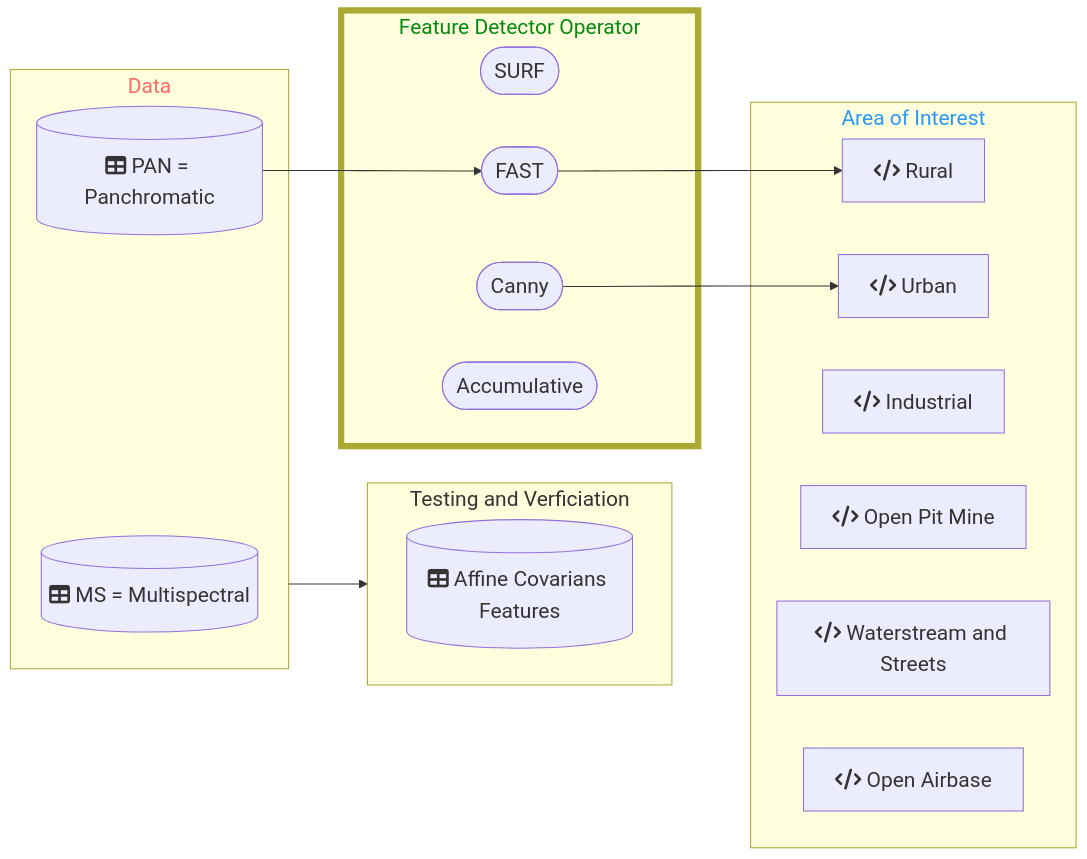
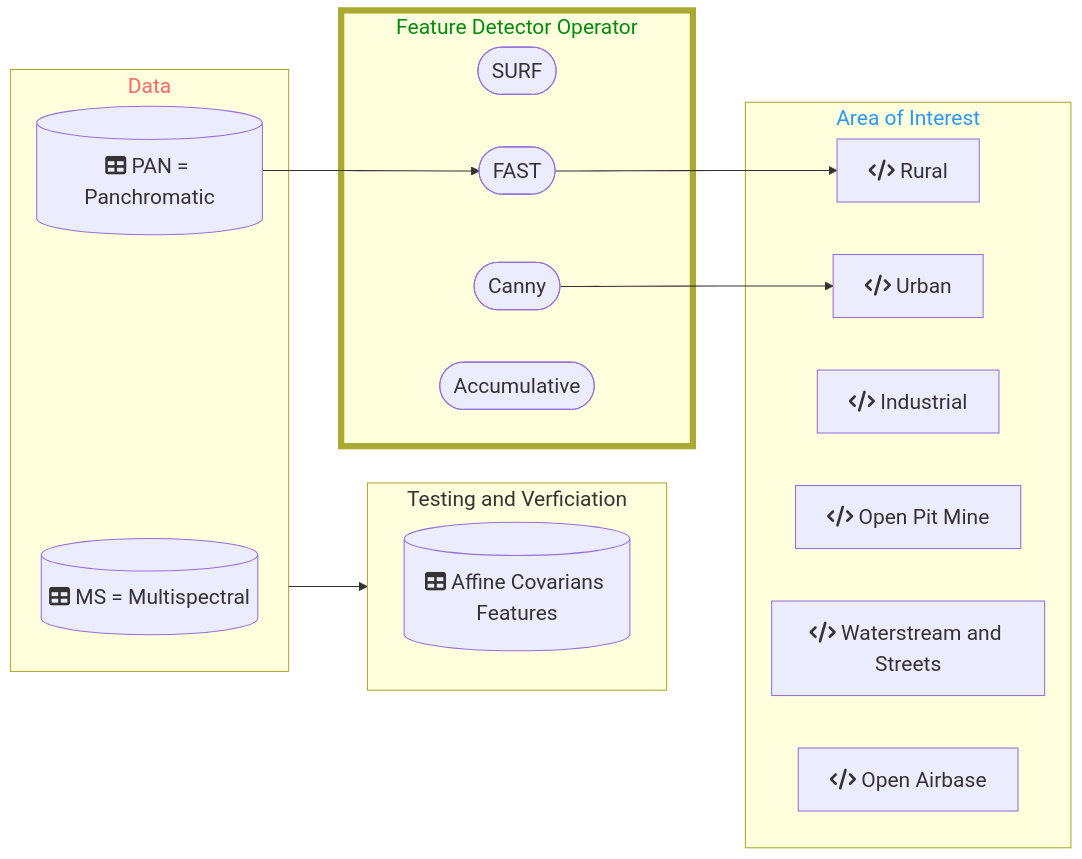
One commit to DippoldEJ/Feature-Detection-and-Explanation changed the diagram in Application/README.md. Above: the diagram before and after it, drawn with Mermaid.

````diff
--- a/Application/README.md
+++ b/Application/README.md
@@ -13,45 +13,45 @@
 ```mermaid
 flowchart LR;
 %%{init: {
 	'themeVariables': { 'fontSize': '20px', 'fontFamily': 'Didot'}
 	}
 }%%
 
  subgraph n[Data]
         g[(fa:fa-table MS = Multispectral)]
         h[(fa:fa-table PAN = Panchromatic)]
     end
 
  subgraph q[Testing and Verficiation]
-        direction RL
+        direction TD
         r[(fa:fa-table Affine Covarians Features)]
     end
 
  subgraph o[Feature Detector Operator]
         j([SURF])
         k([FAST])
         l([Canny])
         m([Accumulative])
     end
 
 subgraph p[Area of Interest]
     a[fa:fa-code Rural]
     b[fa:fa-code Urban]
     c[fa:fa-code Industrial]
     d[fa:fa-code Open Pit Mine]
     e[fa:fa-code Waterstream and Streets]
     f[fa:fa-code Open Airbase]
     end
 
 style n color:#f66
 style o stroke-width:6px
 style o color:#028A0F
 style p color:#2798F5
 
 h-->k
 k-->a
 l-->b
 n-->q
 
 
 ```
````
